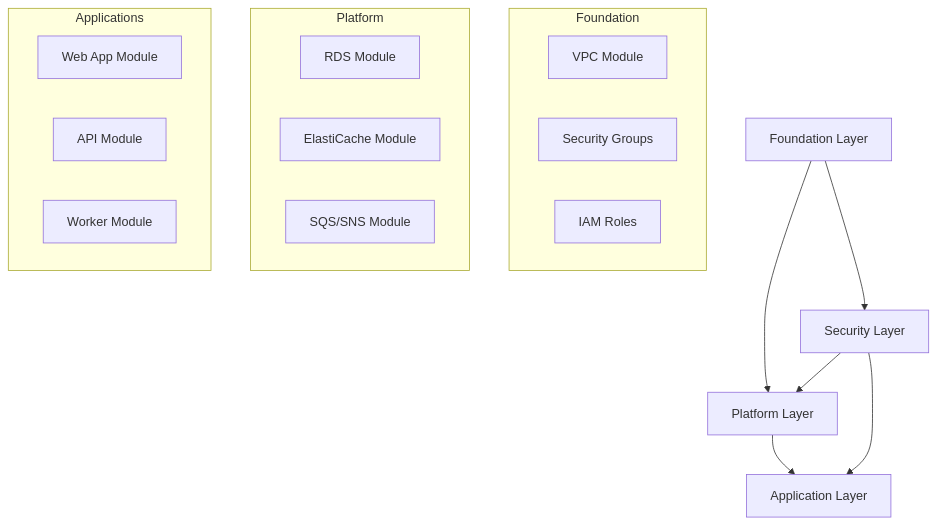
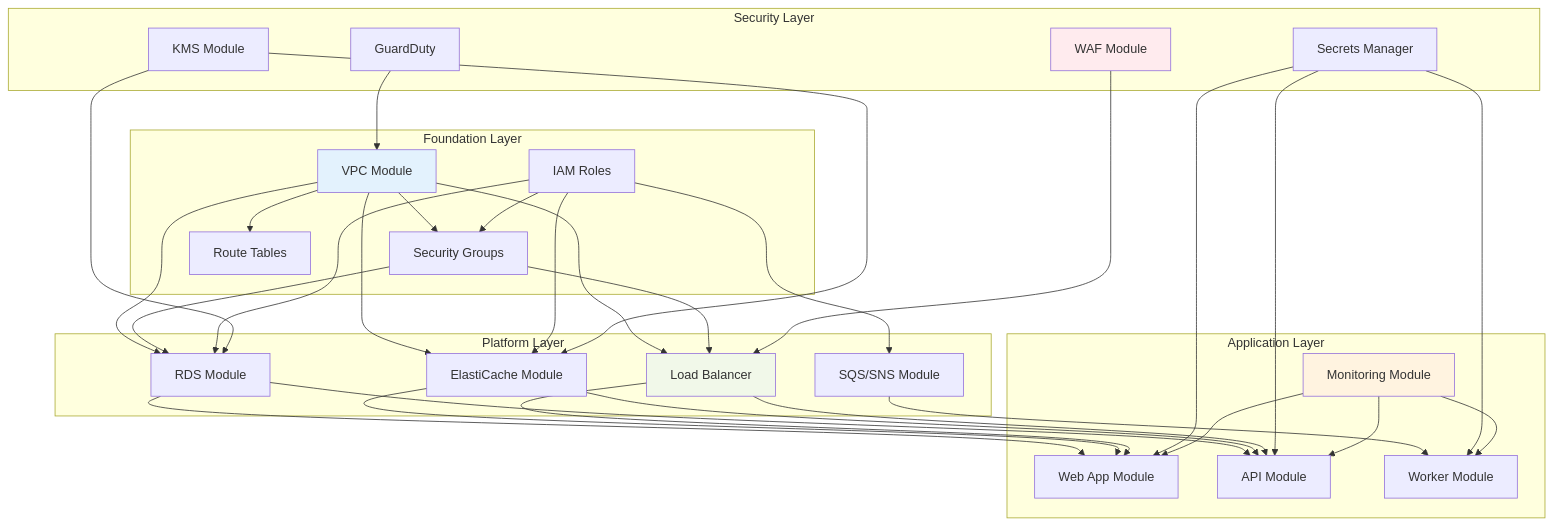
The fourth of 7 diagrams in training_materials/terraform/module_19_publishing_and_advanced_module_patterns.md (simondbrooke/terraform-training-jamfpro), drawn with Mermaid before and after one commit. The commit also changed other lines of this file and 1 other file, not shown here.

Commit message:
added diagrams to module 19

````diff
--- a/training_materials/terraform/module_19_publishing_and_advanced_module_patterns.md
+++ b/training_materials/terraform/module_19_publishing_and_advanced_module_patterns.md
@@ -891,26 +1099,73 @@
 ```mermaid
 graph TD
-    A[Foundation Layer] --> B[Platform Layer]
-    B --> C[Application Layer]
-    A --> D[Security Layer]
-    D --> B
-    D --> C
-    
-    subgraph "Foundation"
+    subgraph "Foundation Layer"
         A1[VPC Module]
         A2[Security Groups]
         A3[IAM Roles]
+        A4[Route Tables]
     end
     
-    subgraph "Platform"
+    subgraph "Platform Layer"
         B1[RDS Module]
         B2[ElastiCache Module]
         B3[SQS/SNS Module]
+        B4[Load Balancer]
     end
     
-    subgraph "Applications"
+    subgraph "Application Layer"
         C1[Web App Module]
         C2[API Module]
         C3[Worker Module]
+        C4[Monitoring Module]
     end
+    
+    subgraph "Security Layer"
+        D1[WAF Module]
+        D2[KMS Module]
+        D3[Secrets Manager]
+        D4[GuardDuty]
+    end
+    
+    %% Foundation dependencies
+    A1 --> A2
+    A1 --> A4
+    A3 --> A2
+    
+    %% Platform dependencies on Foundation
+    A1 --> B1
+    A1 --> B2
+    A1 --> B4
+    A2 --> B1
+    A2 --> B4
+    A3 --> B1
+    A3 --> B2
+    A3 --> B3
+    
+    %% Application dependencies on Platform
+    B1 --> C1
+    B1 --> C2
+    B2 --> C1
+    B2 --> C2
+    B3 --> C3
+    B4 --> C1
+    B4 --> C2
+    
+    %% Security dependencies
+    D2 --> B1
+    D2 --> B2
+    D3 --> C1
+    D3 --> C2
+    D3 --> C3
+    D1 --> B4
+    D4 --> A1
+    
+    %% Cross-layer monitoring
+    C4 --> C1
+    C4 --> C2
+    C4 --> C3
+    
+    style A1 fill:#e3f2fd
+    style B4 fill:#f1f8e9
+    style C4 fill:#fff3e0
+    style D1 fill:#ffebee
 ```
````
